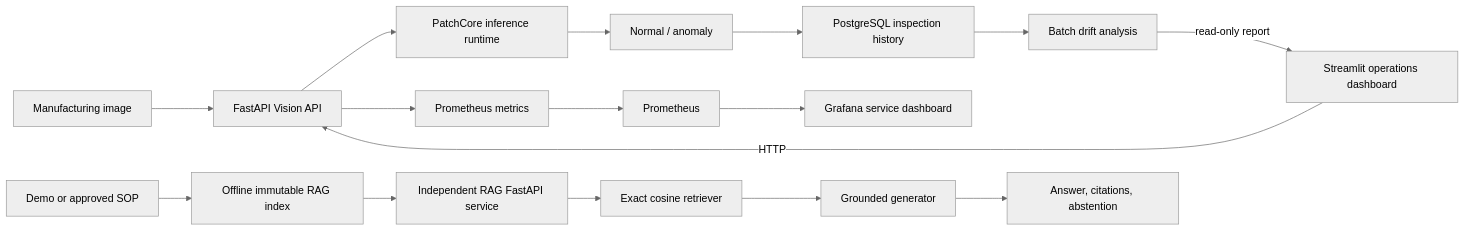
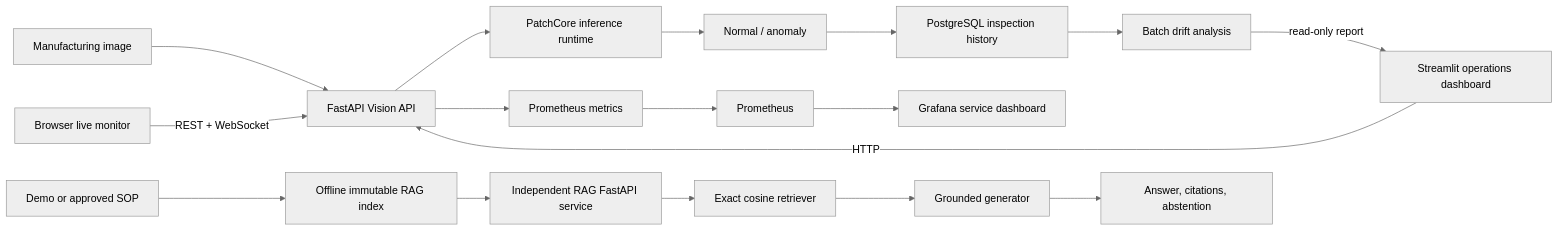
One commit to dudghks5893/smart-factory-ai-platform changed the first of 2 diagrams in README.md. Above: the diagram before and after it, drawn with Mermaid (neutral theme). The commit also changed other lines of this file and 11 other files, not shown here.

Commit message:
feat: add realtime inspection live monitor

````diff
--- a/README.md
+++ b/README.md
@@ -49,19 +50,20 @@
 ```mermaid
 flowchart LR
     Image["Manufacturing image"] --> API["FastAPI Vision API"]
     API --> Runtime["PatchCore inference runtime"]
     Runtime --> Decision["Normal / anomaly"]
     Decision --> DB["PostgreSQL inspection history"]
     Dashboard["Streamlit operations dashboard"] -->|"HTTP"| API
+    Live["Browser live monitor"] -->|"REST + WebSocket"| API
     Drift["Batch drift analysis"] -->|"read-only report"| Dashboard
     DB --> Drift
     API --> Metrics["Prometheus metrics"]
     Metrics --> Prometheus["Prometheus"]
     Prometheus --> Grafana["Grafana service dashboard"]
 
     Manuals["Demo or approved SOP"] --> Index["Offline immutable RAG index"]
     Index --> RAG["Independent RAG FastAPI service"]
     RAG --> Retriever["Exact cosine retriever"]
     Retriever --> Generator["Grounded generator"]
     Generator --> Citations["Answer, citations, abstention"]
 ```
````
